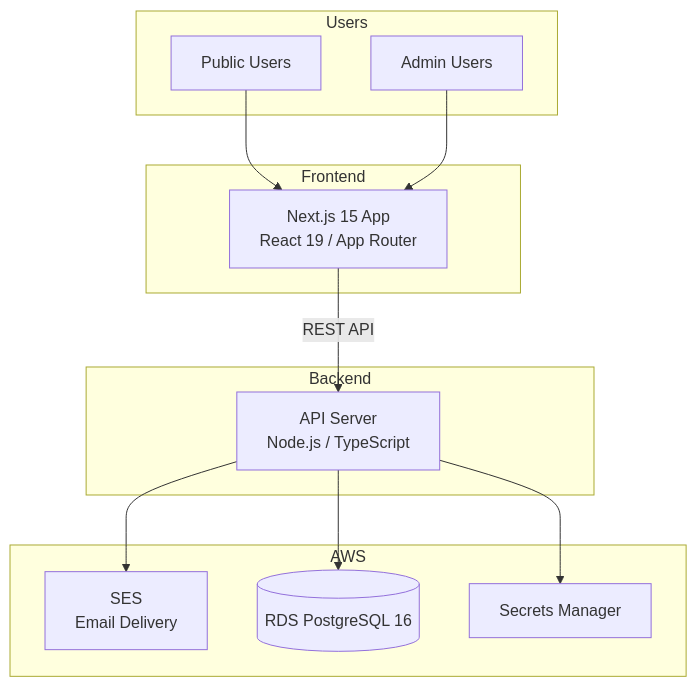
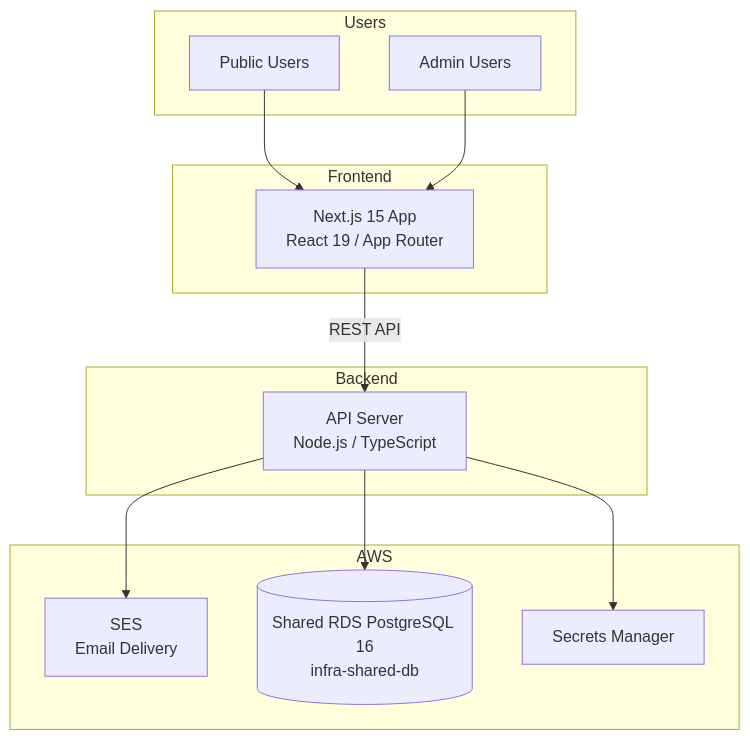
Before and after one commit to ammonlarson/greenspace: the first of 6 diagrams in docs/architecture.md, drawn with Mermaid. The commit also changed other lines of this file and 9 other files, not shown here.

First line of the commit message:
chore(infra): decommission dedicated-RDS resources after shared-db migration (#397)

````diff
--- a/docs/architecture.md
+++ b/docs/architecture.md
@@ -7,28 +7,28 @@
 ```mermaid
 graph TB
     subgraph Users
         PU[Public Users]
         AU[Admin Users]
     end
 
     subgraph Frontend
         WEB[Next.js 15 App<br/>React 19 / App Router]
     end
 
     subgraph Backend
         API[API Server<br/>Node.js / TypeScript]
     end
 
     subgraph AWS
         SES[SES<br/>Email Delivery]
-        RDS[(RDS PostgreSQL 16)]
+        RDS[(Shared RDS PostgreSQL 16<br/>infra-shared-db)]
         SM[Secrets Manager]
     end
 
     PU --> WEB
     AU --> WEB
     WEB -->|REST API| API
     API --> RDS
     API --> SES
     API --> SM
 ```
````
